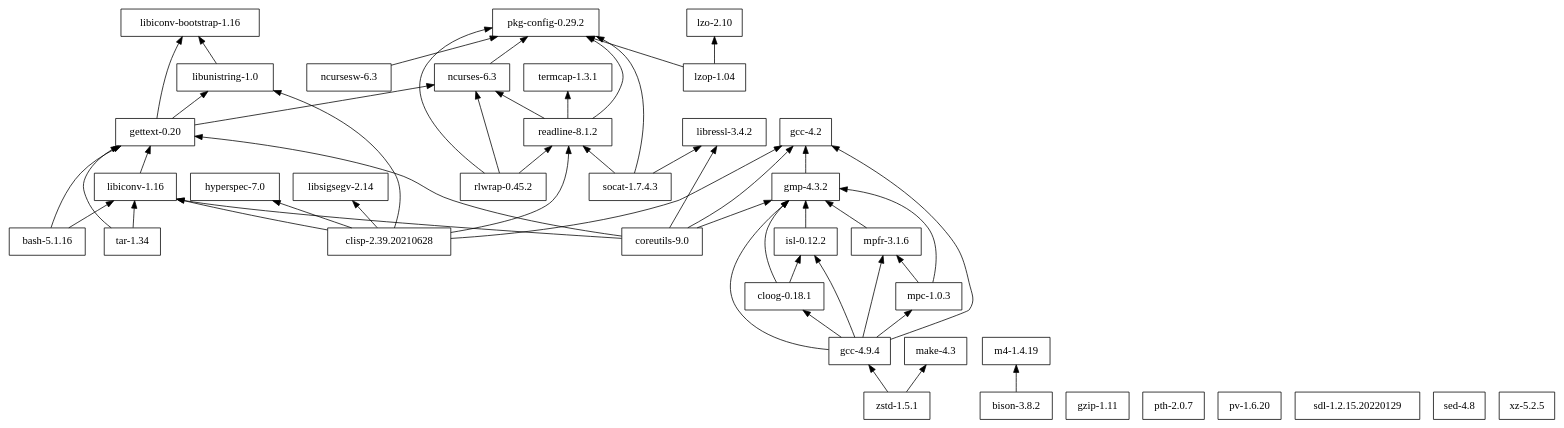
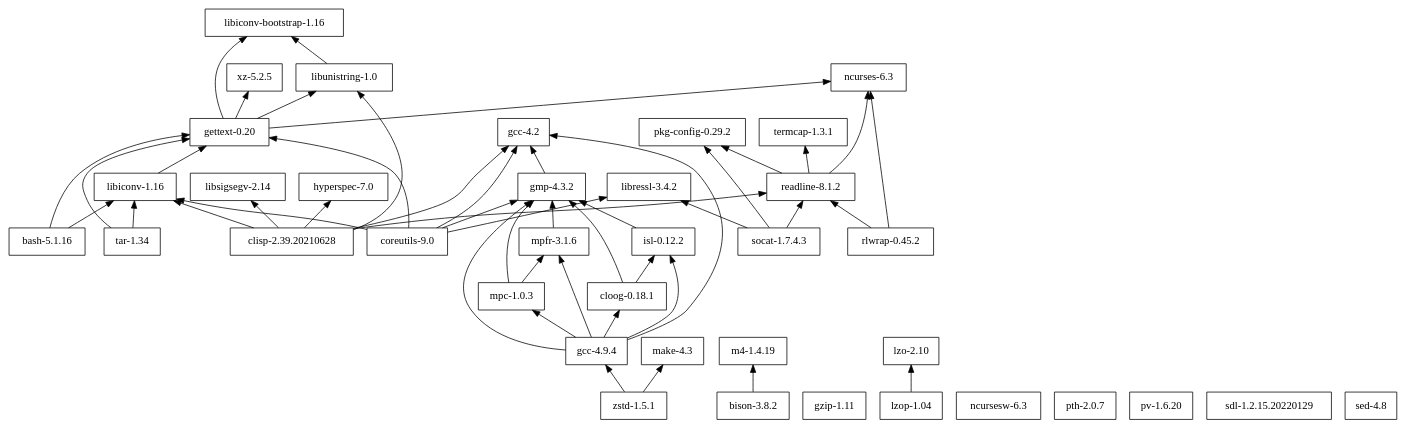
The diagram in tigersh/deps/dependencies.dot (cellularmitosis/leopard.sh), drawn with Graphviz before and after one commit. The commit also changed 12 other files, not shown here.

```diff
--- a/tigersh/deps/dependencies.dot
+++ b/tigersh/deps/dependencies.dot
@@ -1,71 +1,70 @@
 digraph mygraph {
 node [shape=box];
 rankdir = BT;
 
 "bash-5.1.16" -> "gettext-0.20"
 "bash-5.1.16" -> "libiconv-1.16"
 "bison-3.8.2" -> "m4-1.4.19"
 "clisp-2.39.20210628" -> "gcc-4.2"
 "clisp-2.39.20210628" -> "hyperspec-7.0"
 "clisp-2.39.20210628" -> "libiconv-1.16"
 "clisp-2.39.20210628" -> "libsigsegv-2.14"
 "clisp-2.39.20210628" -> "libunistring-1.0"
 "clisp-2.39.20210628" -> "readline-8.1.2"
 "cloog-0.18.1" -> "gmp-4.3.2"
 "cloog-0.18.1" -> "isl-0.12.2"
 "coreutils-9.0" -> "gcc-4.2"
 "coreutils-9.0" -> "gettext-0.20"
 "coreutils-9.0" -> "gmp-4.3.2"
 "coreutils-9.0" -> "libiconv-1.16"
 "coreutils-9.0" -> "libressl-3.4.2"
 "gcc-4.2"
 "gcc-4.9.4" -> "cloog-0.18.1"
 "gcc-4.9.4" -> "gcc-4.2"
 "gcc-4.9.4" -> "gmp-4.3.2"
 "gcc-4.9.4" -> "isl-0.12.2"
 "gcc-4.9.4" -> "mpc-1.0.3"
 "gcc-4.9.4" -> "mpfr-3.1.6"
 "gettext-0.20" -> "libiconv-bootstrap-1.16"
 "gettext-0.20" -> "libunistring-1.0"
 "gettext-0.20" -> "ncurses-6.3"
+"gettext-0.20" -> "xz-5.2.5"
 "gmp-4.3.2" -> "gcc-4.2"
 "gzip-1.11"
 "hyperspec-7.0"
 "isl-0.12.2" -> "gmp-4.3.2"
 "libiconv-1.16" -> "gettext-0.20"
 "libiconv-bootstrap-1.16"
 "libressl-3.4.2"
 "libsigsegv-2.14"
 "libunistring-1.0" -> "libiconv-bootstrap-1.16"
 "lzo-2.10"
 "lzop-1.04" -> "lzo-2.10"
-"lzop-1.04" -> "pkg-config-0.29.2"
 "m4-1.4.19"
 "make-4.3"
 "mpc-1.0.3" -> "gmp-4.3.2"
 "mpc-1.0.3" -> "mpfr-3.1.6"
 "mpfr-3.1.6" -> "gmp-4.3.2"
-"ncurses-6.3" -> "pkg-config-0.29.2"
-"ncursesw-6.3" -> "pkg-config-0.29.2"
+"ncurses-6.3"
+"ncursesw-6.3"
 "pkg-config-0.29.2"
 "pth-2.0.7"
 "pv-1.6.20"
 "readline-8.1.2" -> "ncurses-6.3"
 "readline-8.1.2" -> "pkg-config-0.29.2"
 "readline-8.1.2" -> "termcap-1.3.1"
 "rlwrap-0.45.2" -> "ncurses-6.3"
-"rlwrap-0.45.2" -> "pkg-config-0.29.2"
 "rlwrap-0.45.2" -> "readline-8.1.2"
 "sdl-1.2.15.20220129"
 "sed-4.8"
 "socat-1.7.4.3" -> "libressl-3.4.2"
 "socat-1.7.4.3" -> "pkg-config-0.29.2"
 "socat-1.7.4.3" -> "readline-8.1.2"
 "tar-1.34" -> "gettext-0.20"
 "tar-1.34" -> "libiconv-1.16"
 "termcap-1.3.1"
 "xz-5.2.5"
 "zstd-1.5.1" -> "gcc-4.9.4"
 "zstd-1.5.1" -> "make-4.3"
 
 }
```
